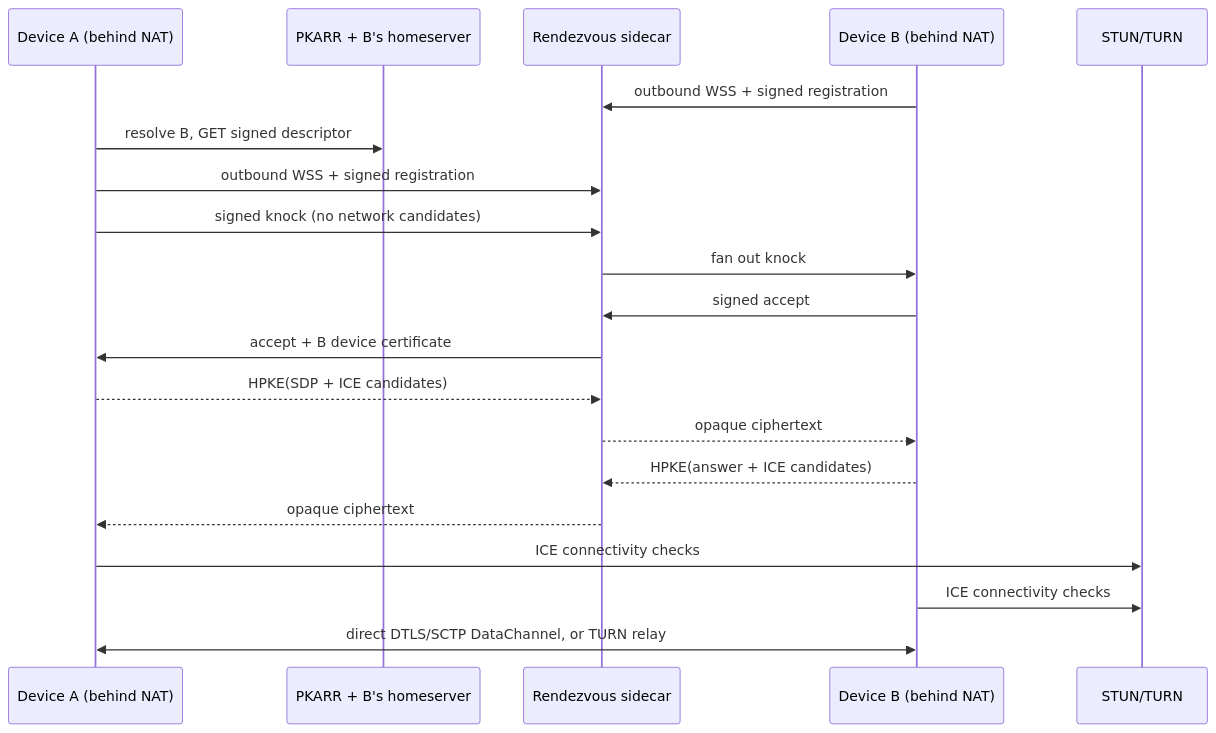
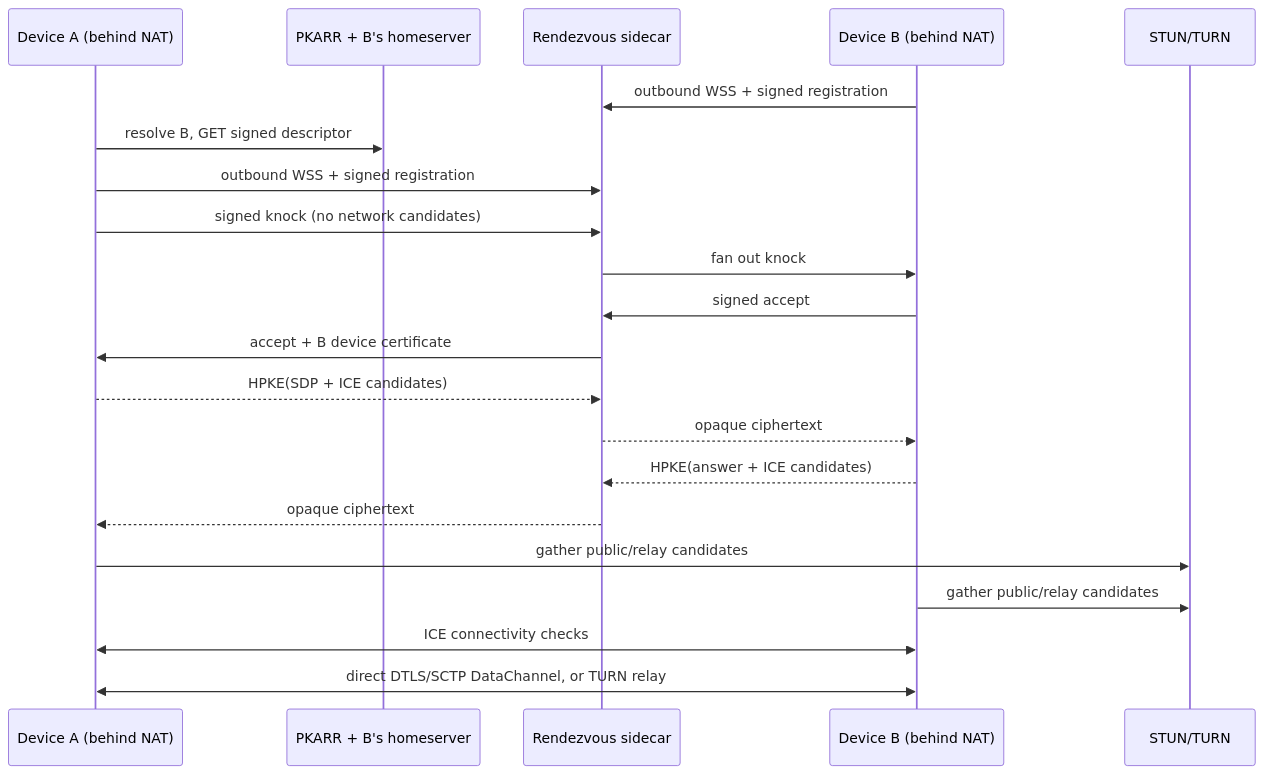
Before and after one commit to its-gaib/pubky2pubky: the diagram in README.md, drawn with Mermaid. The commit also changed other lines of this file and 15 other files, not shown here.

````diff
--- a/README.md
+++ b/README.md
@@ -7,22 +7,23 @@
 ```mermaid
 sequenceDiagram
     participant A as Device A (behind NAT)
     participant P as PKARR + B's homeserver
     participant R as Rendezvous sidecar
     participant B as Device B (behind NAT)
     participant T as STUN/TURN
     B->>R: outbound WSS + signed registration
     A->>P: resolve B, GET signed descriptor
     A->>R: outbound WSS + signed registration
     A->>R: signed knock (no network candidates)
     R->>B: fan out knock
     B->>R: signed accept
     R->>A: accept + B device certificate
     A-->>R: HPKE(SDP + ICE candidates)
     R-->>B: opaque ciphertext
     B-->>R: HPKE(answer + ICE candidates)
     R-->>A: opaque ciphertext
-    A->>T: ICE connectivity checks
-    B->>T: ICE connectivity checks
+    A->>T: gather public/relay candidates
+    B->>T: gather public/relay candidates
+    A<<->>B: ICE connectivity checks
     A<<->>B: direct DTLS/SCTP DataChannel, or TURN relay
 ```
````
